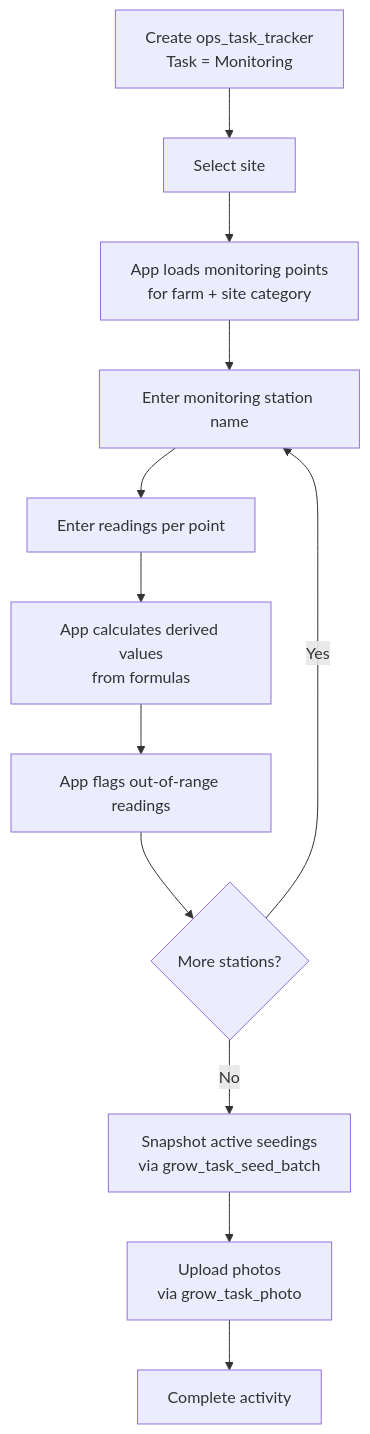
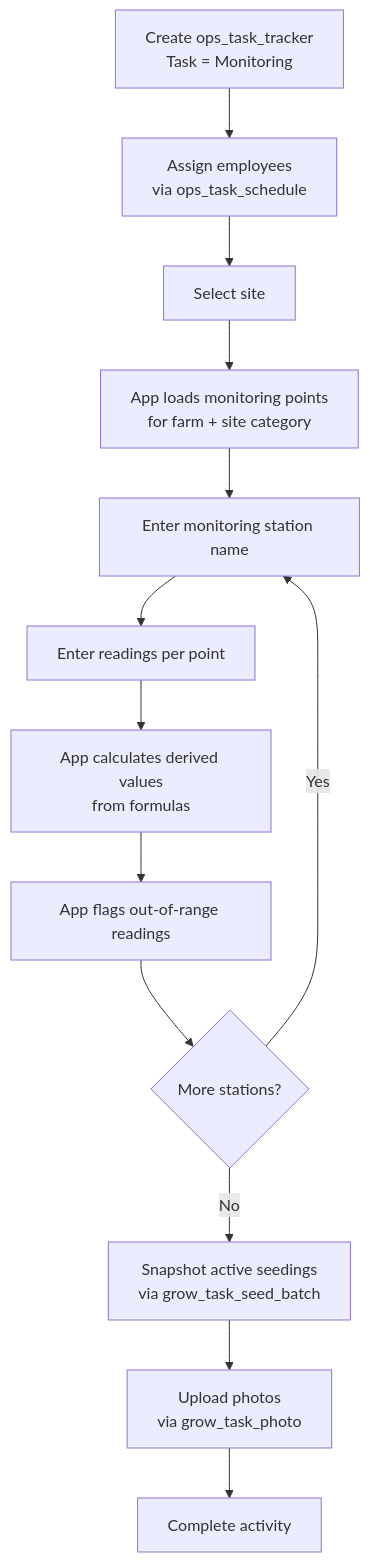
The diagram in docs/processes/20260327_08_grow_monitoring_workflow.md (Hawaii-Farming/aloha-app), drawn with Mermaid before and after one commit. The commit also changed other lines of this file and 8 other files, not shown here.

First line of the commit message:
Add monitoring_stations back to org_site, add employee assignment to all workflow docs

````diff
--- a/docs/processes/20260327_08_grow_monitoring_workflow.md
+++ b/docs/processes/20260327_08_grow_monitoring_workflow.md
@@ -124,14 +126,15 @@
 ```mermaid
 flowchart TD
-    A[Create ops_task_tracker\nTask = Monitoring] --> B[Select site]
+    A[Create ops_task_tracker\nTask = Monitoring] --> A1[Assign employees\nvia ops_task_schedule]
+    A1 --> B[Select site]
     B --> C[App loads monitoring points\nfor farm + site category]
     C --> D[Enter monitoring station name]
     D --> E[Enter readings per point]
     E --> F[App calculates derived values\nfrom formulas]
     F --> G[App flags out-of-range readings]
     G --> H{More stations?}
     H -->|Yes| D
     H -->|No| I[Snapshot active seedings\nvia grow_task_seed_batch]
     I --> J[Upload photos\nvia grow_task_photo]
     J --> K[Complete activity]
 ```
````
